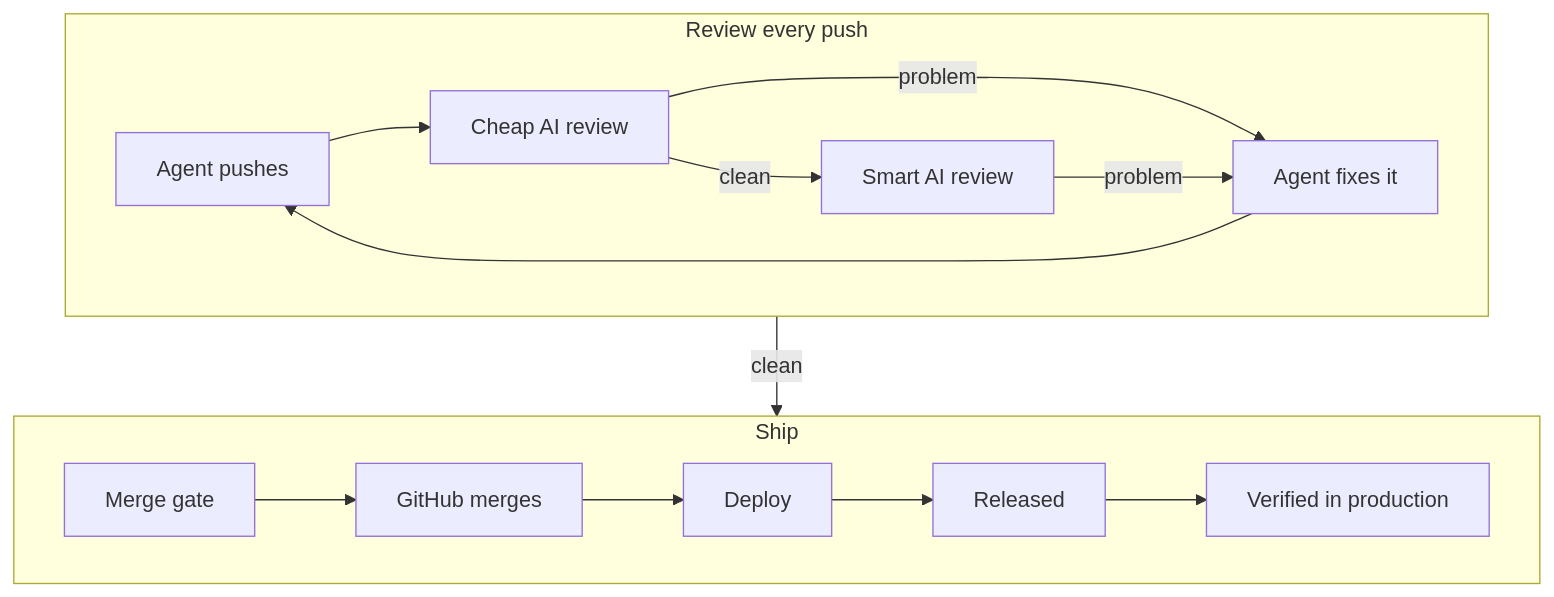
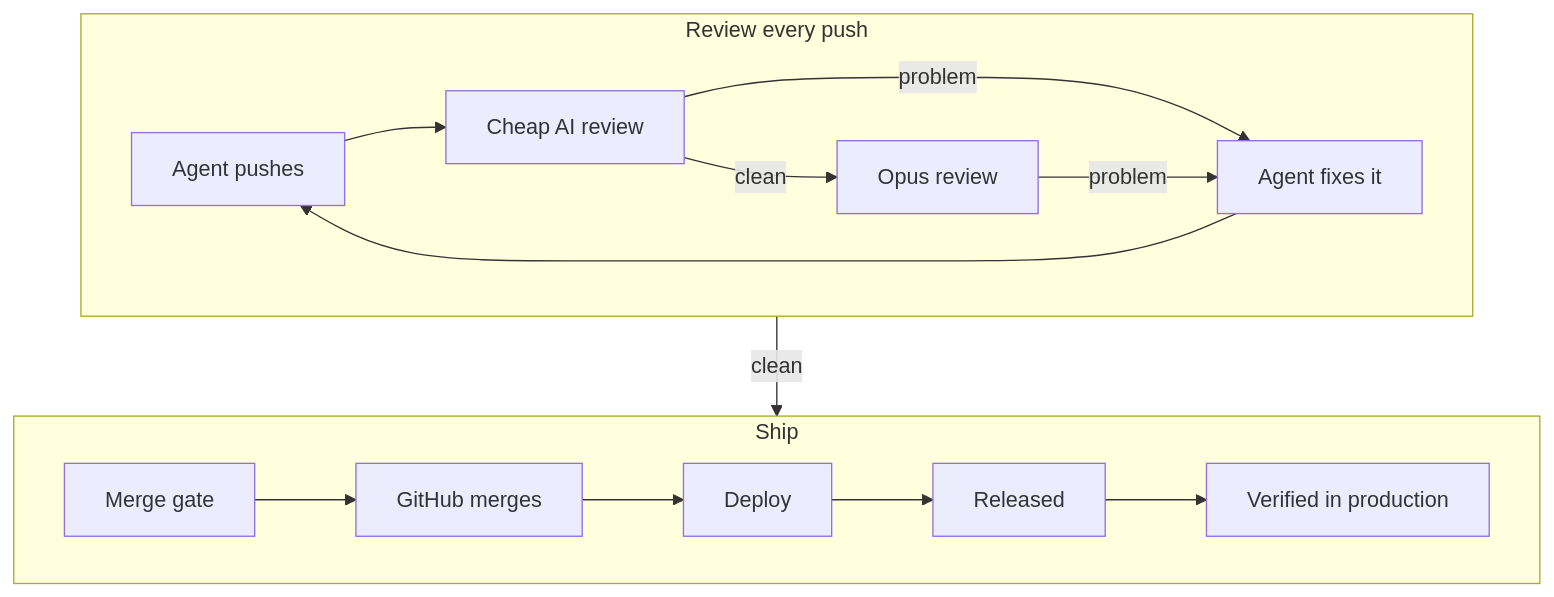
Before and after one commit to nick-the-dev/gh-sheriff: the diagram in README.md, drawn with Mermaid. The commit also changed other lines of this file, not shown here.

````diff
--- a/README.md
+++ b/README.md
@@ -29,15 +27,15 @@
 ```mermaid
 flowchart TB
     subgraph REVIEW["Review every push"]
         direction LR
-        A["Agent pushes"] --> B["Cheap AI review"] -->|clean| C["Smart AI review"]
+        A["Agent pushes"] --> B["Cheap AI review"] -->|clean| C["Opus review"]
         B -->|problem| X["Agent fixes it"]
         C -->|problem| X
         X --> A
     end
     subgraph SHIP["Ship"]
         direction LR
         D["Merge gate"] --> E["GitHub merges"] --> F["Deploy"] --> G["Released"] --> H["Verified in production"]
     end
     REVIEW -->|clean| SHIP
 ```
````
